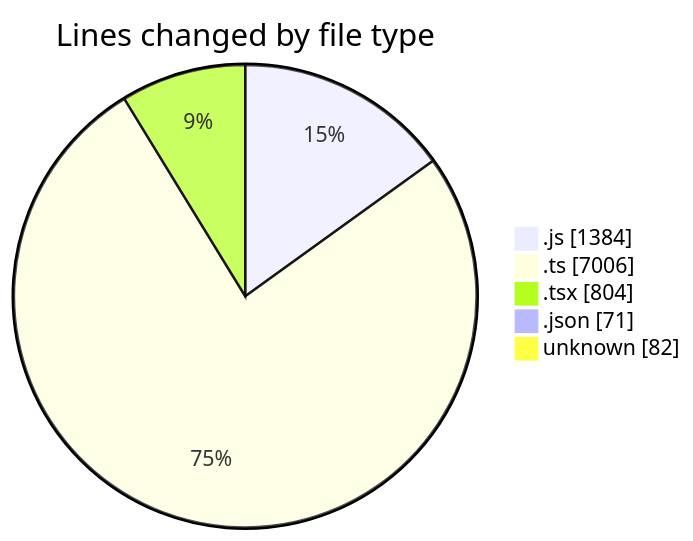
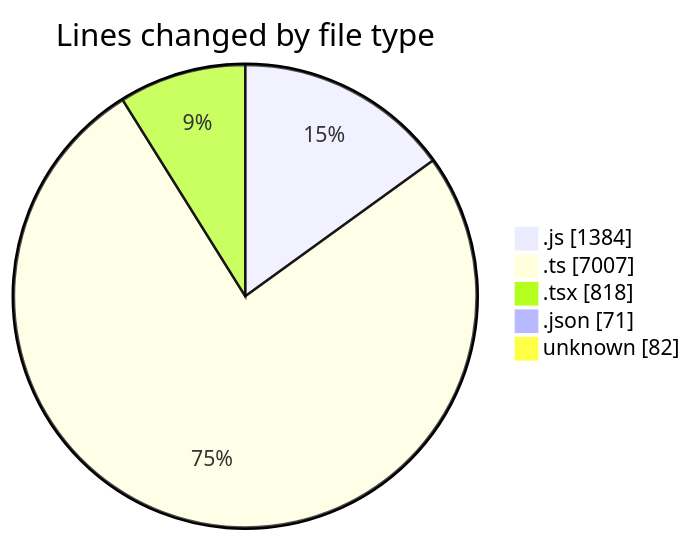
Before and after one commit to momahboobian/code-tracking: the first of 2 diagrams in 2026-02-04/cda/README.md, drawn with Mermaid. The commit also changed other lines of this file and 1 other file, not shown here.

````diff
--- a/2026-02-04/cda/README.md
+++ b/2026-02-04/cda/README.md
@@ -38,9 +38,9 @@
 ```mermaid
 pie showData
 title Lines changed by file type
 ".js" : 1384
-".ts" : 7006
-".tsx" : 804
+".ts" : 7007
+".tsx" : 818
 ".json" : 71
 "unknown" : 82
 ```
````
